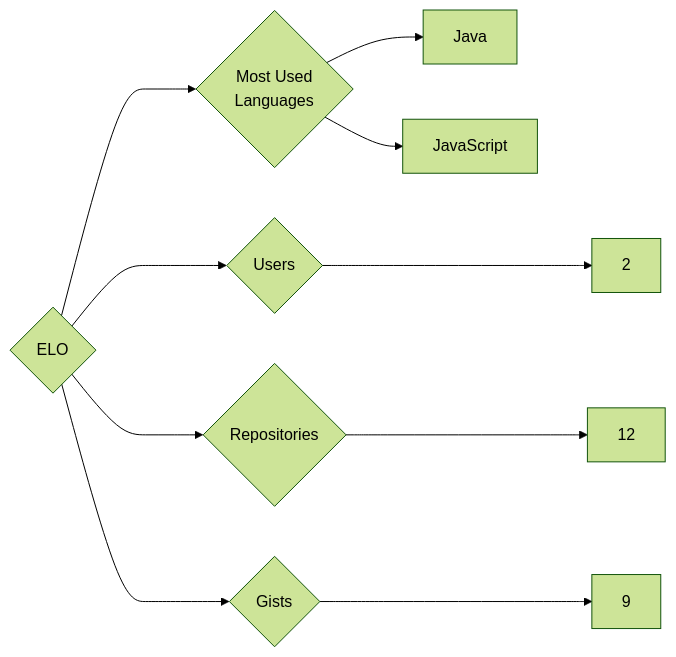
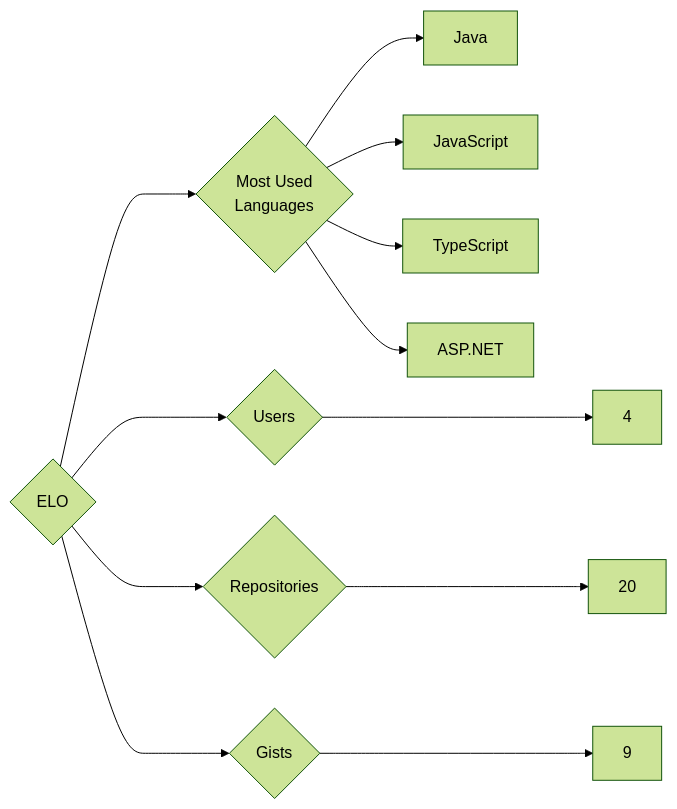
The diagram in targets/ELO/README.md (trickest/insiders), drawn with Mermaid (forest theme) before and after one commit. The commit also changed 1148 other files, not shown here.

````diff
--- a/targets/ELO/README.md
+++ b/targets/ELO/README.md
@@ -3,10 +3,12 @@
 ```mermaid
 graph LR
 COMPANY_NAME{ELO}
-COMPANY_NAME ---> U{Users} ---> UN[2]
-COMPANY_NAME ---> R{Repositories} ---> RN[12]
+COMPANY_NAME ---> U{Users} ---> UN[4]
+COMPANY_NAME ---> R{Repositories} ---> RN[20]
 COMPANY_NAME ---> G{Gists} ---> GN[9]
 COMPANY_NAME ---> ML{Most Used<br>Languages}
 ML --> Java[Java]
 ML --> JavaScript[JavaScript]
+ML --> TypeScript[TypeScript]
+ML --> ASP.NET[ASP.NET]
 ```
````
